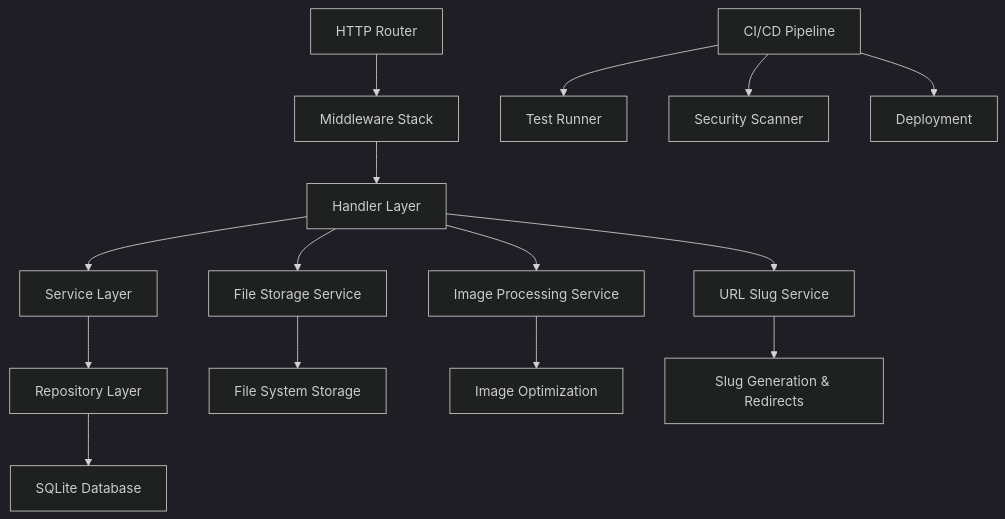
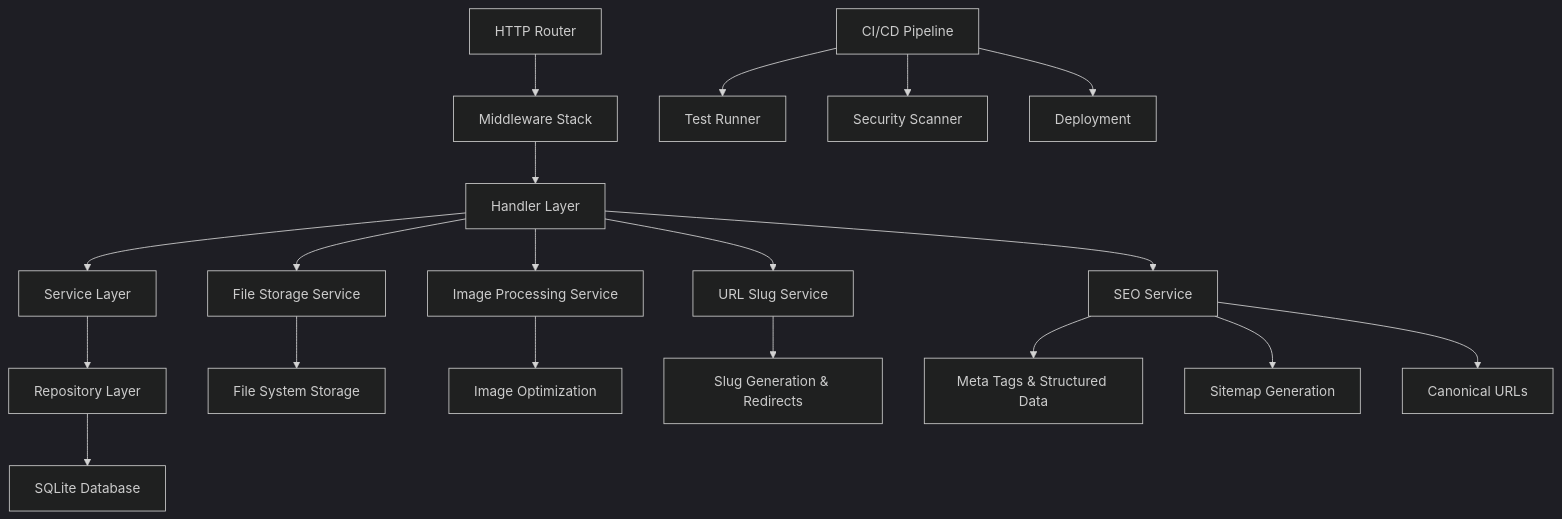
The diagram in .kiro/specs/enhanced-blog-platform/design.md (ultramozg/golang-blog-engine), drawn with Mermaid (dark theme) before and after one commit. The commit also changed other lines of this file and 2 other files, not shown here.

````diff
--- a/.kiro/specs/enhanced-blog-platform/design.md
+++ b/.kiro/specs/enhanced-blog-platform/design.md
@@ -18,20 +18,24 @@
 ```mermaid
 graph TB
     A[HTTP Router] --> B[Middleware Stack]
     B --> C[Handler Layer]
     C --> D[Service Layer]
     D --> E[Repository Layer]
     E --> F[SQLite Database]
     
     C --> G[File Storage Service]
     C --> H[Image Processing Service]
     C --> I[URL Slug Service]
+    C --> Q[SEO Service]
     
     G --> J[File System Storage]
     H --> K[Image Optimization]
     I --> L[Slug Generation & Redirects]
+    Q --> R[Meta Tags & Structured Data]
+    Q --> S[Sitemap Generation]
+    Q --> T[Canonical URLs]
     
     M[CI/CD Pipeline] --> N[Test Runner]
     M --> O[Security Scanner]
     M --> P[Deployment]
 ```
````
